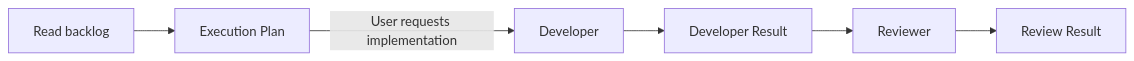
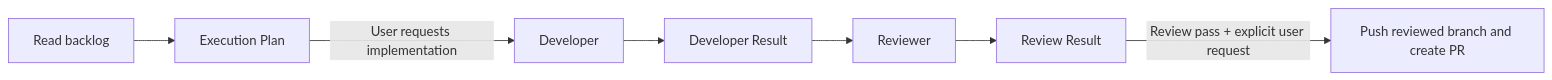
The diagram in docs/agents/simple-delivery.md (lfarci/loganfarci.com), drawn with Mermaid before and after one commit. The commit also changed other lines of this file and 1 other file, not shown here.

Commit message:
fix(agents): authorize reviewed PR creation

````diff
--- a/docs/agents/simple-delivery.md
+++ b/docs/agents/simple-delivery.md
@@ -32,8 +32,9 @@
 ```mermaid
 flowchart LR
     B[Read backlog] --> P[Execution Plan]
     P -->|User requests implementation| D[Developer]
     D --> R[Developer Result]
     R --> V[Reviewer]
     V --> O[Review Result]
+    O -->|Review pass + explicit user request| G[Push reviewed branch and create PR]
 ```
````
